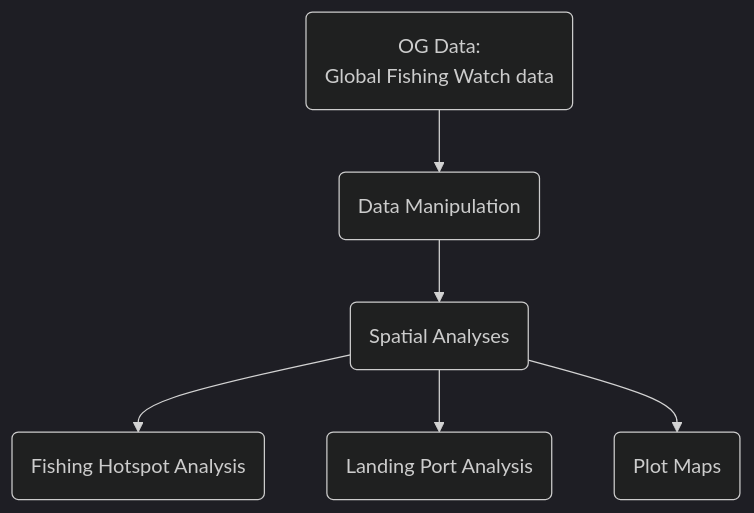
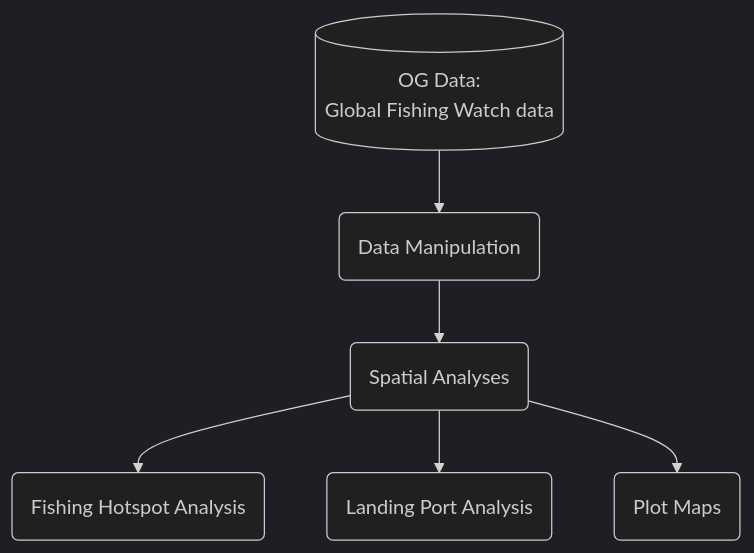
Before and after one commit to cake-oh/supply-chain: the diagram in mermaid_trial.md, drawn with Mermaid (dark theme).

````diff
--- a/mermaid_trial.md
+++ b/mermaid_trial.md
@@ -4,12 +4,12 @@
 ``` mermaid
 flowchart TD
 
-id1(OG Data: \nGlobal Fishing Watch data) --> id2(Data Manipulation)
+id1[(OG Data: \nGlobal Fishing Watch data)] --> id2((Data Manipulation))
 id2(Data Manipulation) --> id3(Spatial Analyses)
 id3(Spatial Analyses) --> id4(Fishing Hotspot Analysis)
 id3(Spatial Analyses) --> id5(Landing Port Analysis)
 id3(Spatial Analyses) --> id6(Plot Maps)
 
 
 
 ```
````
